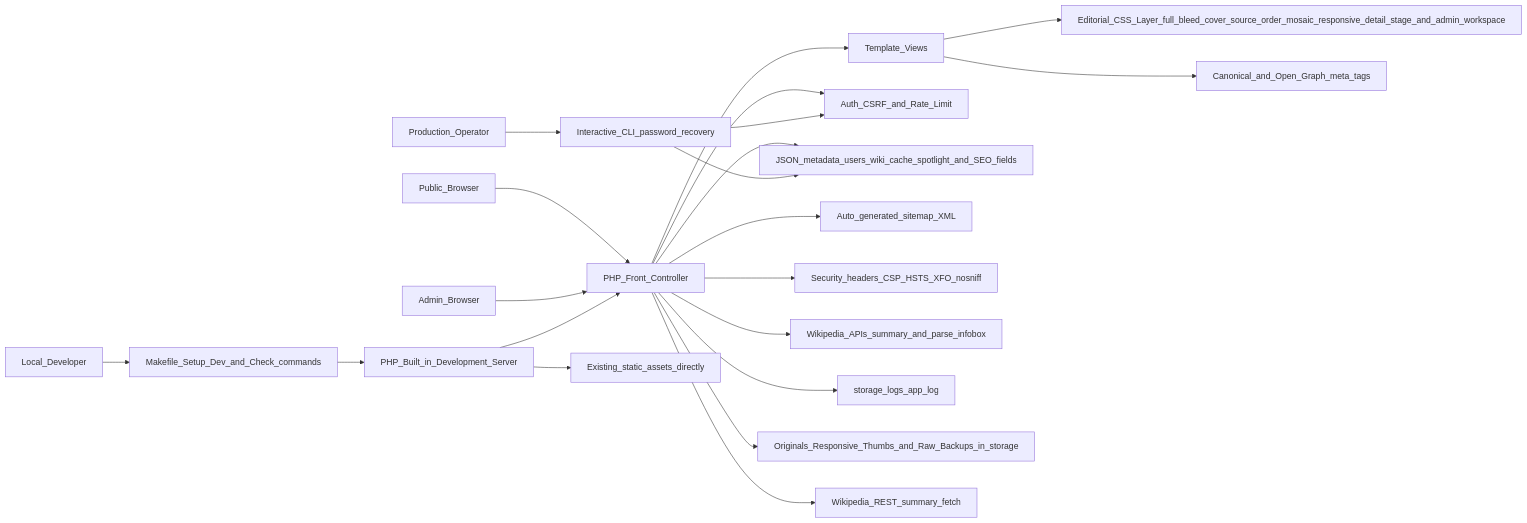
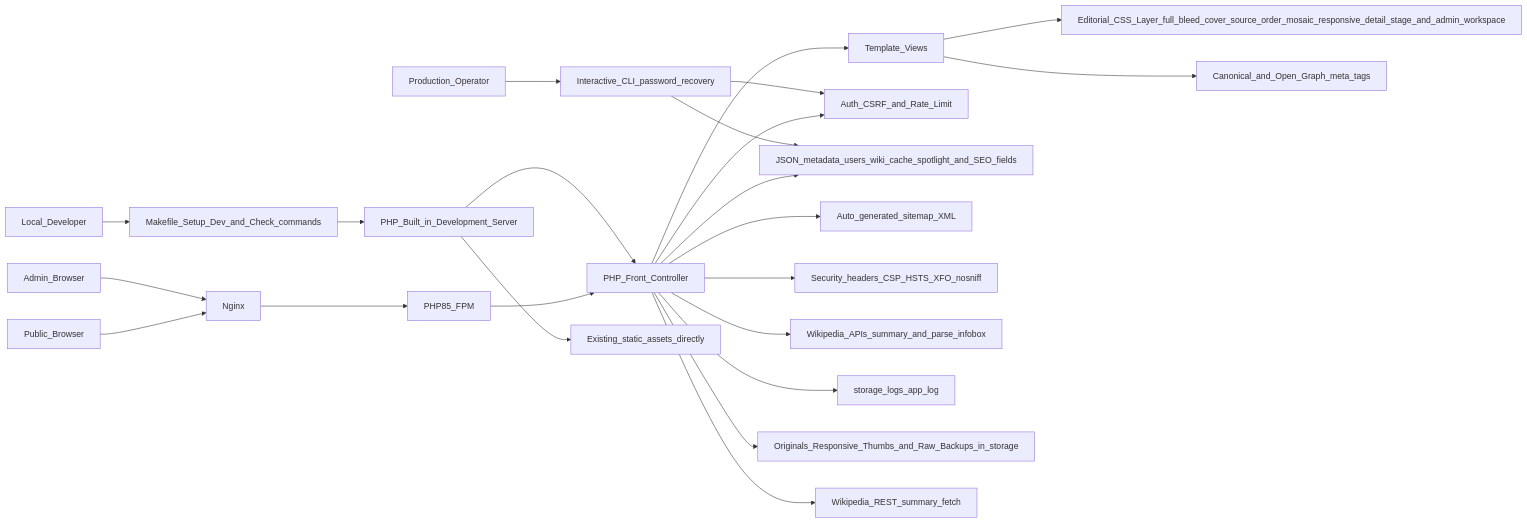
Before and after one commit to smeird/images: the third of 3 diagrams in README.md, drawn with Mermaid. The commit also changed other lines of this file and 2 other files, not shown here.

Commit message:
Document Nginx and PHP 8.5 deployment

````diff
--- a/README.md
+++ b/README.md
@@ -297,23 +306,25 @@
 ```mermaid
 graph LR
-  Public_Browser --> PHP_Front_Controller
-  Admin_Browser --> PHP_Front_Controller
+  Public_Browser --> Nginx
+  Admin_Browser --> Nginx
+  Nginx --> PHP85_FPM
+  PHP85_FPM --> PHP_Front_Controller
   PHP_Front_Controller --> Template_Views
   Template_Views --> Editorial_CSS_Layer_full_bleed_cover_source_order_mosaic_responsive_detail_stage_and_admin_workspace
   Template_Views --> Canonical_and_Open_Graph_meta_tags
   PHP_Front_Controller --> Auth_CSRF_and_Rate_Limit
   PHP_Front_Controller --> JSON_metadata_users_wiki_cache_spotlight_and_SEO_fields
   PHP_Front_Controller --> Auto_generated_sitemap_XML
   PHP_Front_Controller --> Security_headers_CSP_HSTS_XFO_nosniff
   PHP_Front_Controller --> Wikipedia_APIs_summary_and_parse_infobox
   PHP_Front_Controller --> storage_logs_app_log
   PHP_Front_Controller --> Originals_Responsive_Thumbs_and_Raw_Backups_in_storage
   PHP_Front_Controller --> Wikipedia_REST_summary_fetch
   Local_Developer --> Makefile_Setup_Dev_and_Check_commands
   Production_Operator --> Interactive_CLI_password_recovery
   Interactive_CLI_password_recovery --> JSON_metadata_users_wiki_cache_spotlight_and_SEO_fields
   Interactive_CLI_password_recovery --> Auth_CSRF_and_Rate_Limit
   Makefile_Setup_Dev_and_Check_commands --> PHP_Built_in_Development_Server
   PHP_Built_in_Development_Server --> Existing_static_assets_directly
   PHP_Built_in_Development_Server --> PHP_Front_Controller
 ```
````
